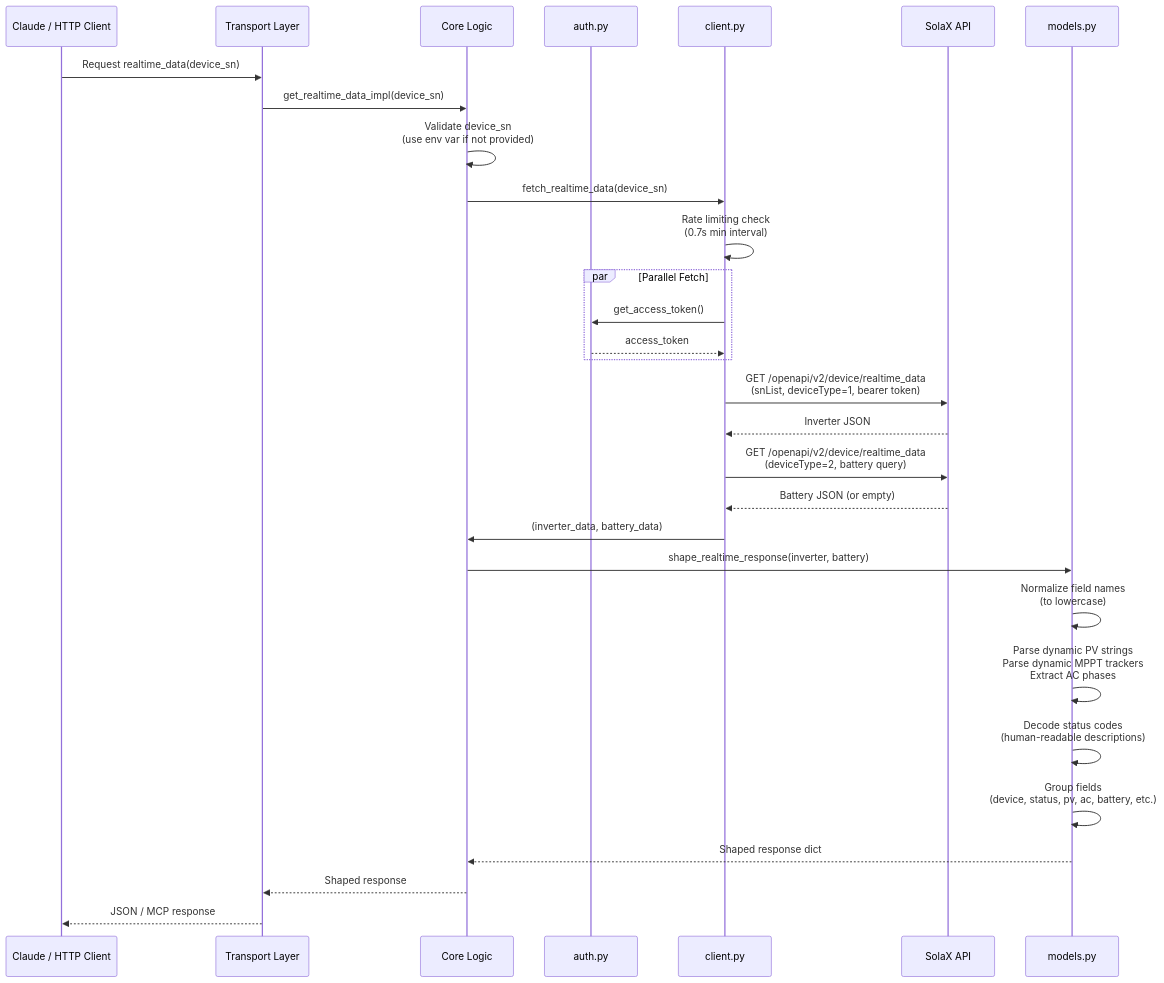
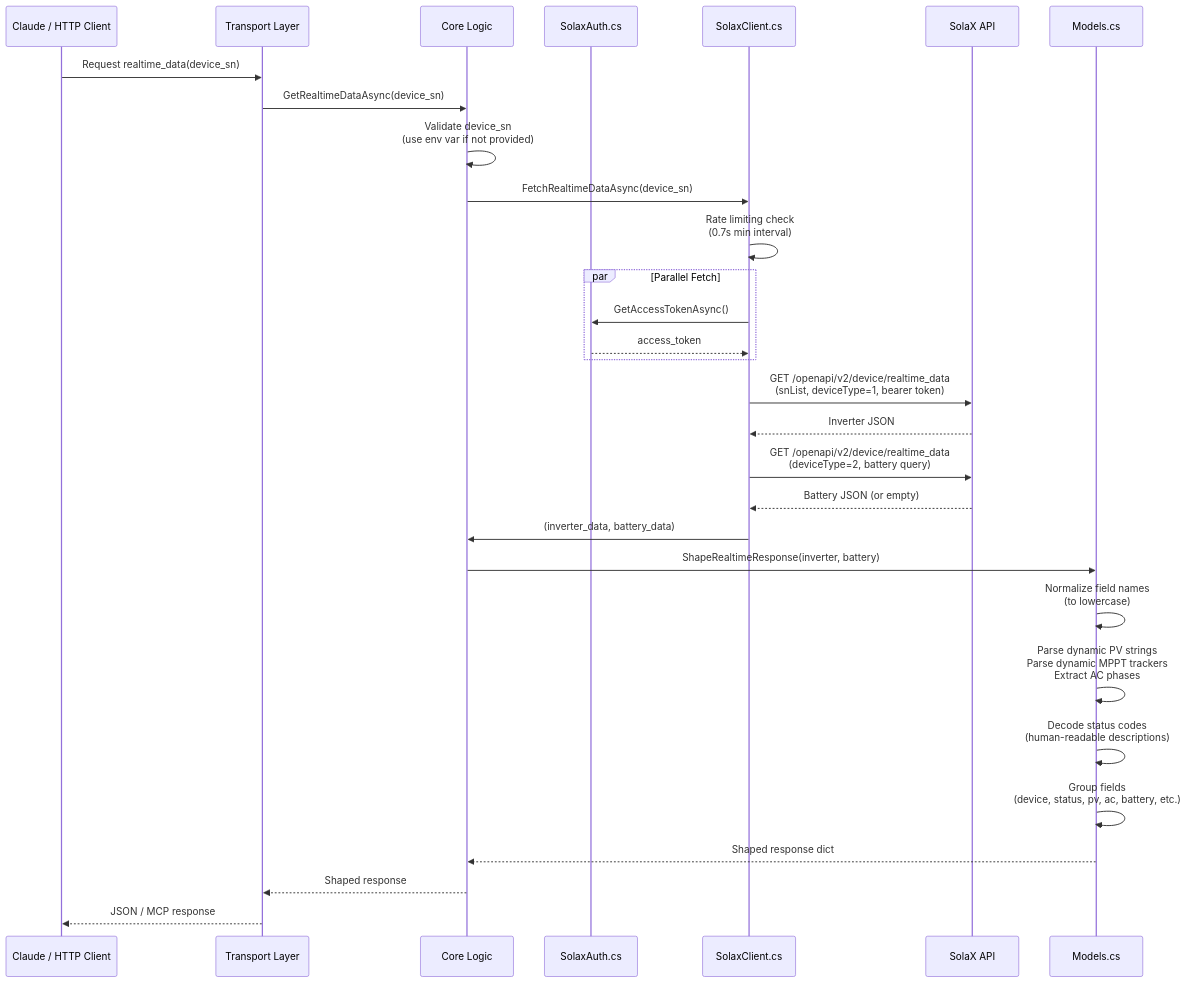
The fourth of 12 diagrams in ARCHITECTURE.md (tomkor/solax-cloud-mcp), drawn with Mermaid before and after one commit. The commit also changed other lines of this file and 73 other files, not shown here.

````diff
--- a/ARCHITECTURE.md
+++ b/ARCHITECTURE.md
@@ -199,43 +201,43 @@
 ```mermaid
 sequenceDiagram
     participant User as Claude / HTTP Client
     participant Transport as Transport Layer
     participant Logic as Core Logic
-    participant Auth as auth.py
-    participant Client as client.py
+    participant Auth as SolaxAuth.cs
+    participant Client as SolaxClient.cs
     participant SolaxAPI as SolaX API
-    participant Models as models.py
+    participant Models as Models.cs
     
     User->>Transport: Request realtime_data(device_sn)
-    Transport->>Logic: get_realtime_data_impl(device_sn)
+    Transport->>Logic: GetRealtimeDataAsync(device_sn)
     
     Logic->>Logic: Validate device_sn<br/>(use env var if not provided)
     
-    Logic->>Client: fetch_realtime_data(device_sn)
+    Logic->>Client: FetchRealtimeDataAsync(device_sn)
     
     Client->>Client: Rate limiting check<br/>(0.7s min interval)
     
     par Parallel Fetch
-        Client->>Auth: get_access_token()
+        Client->>Auth: GetAccessTokenAsync()
         Auth-->>Client: access_token
     end
     
     Client->>SolaxAPI: GET /openapi/v2/device/realtime_data<br/>(snList, deviceType=1, bearer token)
     SolaxAPI-->>Client: Inverter JSON
     
     Client->>SolaxAPI: GET /openapi/v2/device/realtime_data<br/>(deviceType=2, battery query)
     SolaxAPI-->>Client: Battery JSON (or empty)
     
     Client->>Logic: (inverter_data, battery_data)
     
-    Logic->>Models: shape_realtime_response(inverter, battery)
+    Logic->>Models: ShapeRealtimeResponse(inverter, battery)
     
     Models->>Models: Normalize field names<br/>(to lowercase)
     Models->>Models: Parse dynamic PV strings<br/>Parse dynamic MPPT trackers<br/>Extract AC phases
     Models->>Models: Decode status codes<br/>(human-readable descriptions)
     Models->>Models: Group fields<br/>(device, status, pv, ac, battery, etc.)
     
     Models-->>Logic: Shaped response dict
     Logic-->>Transport: Shaped response
     Transport-->>User: JSON / MCP response
 ```
````
